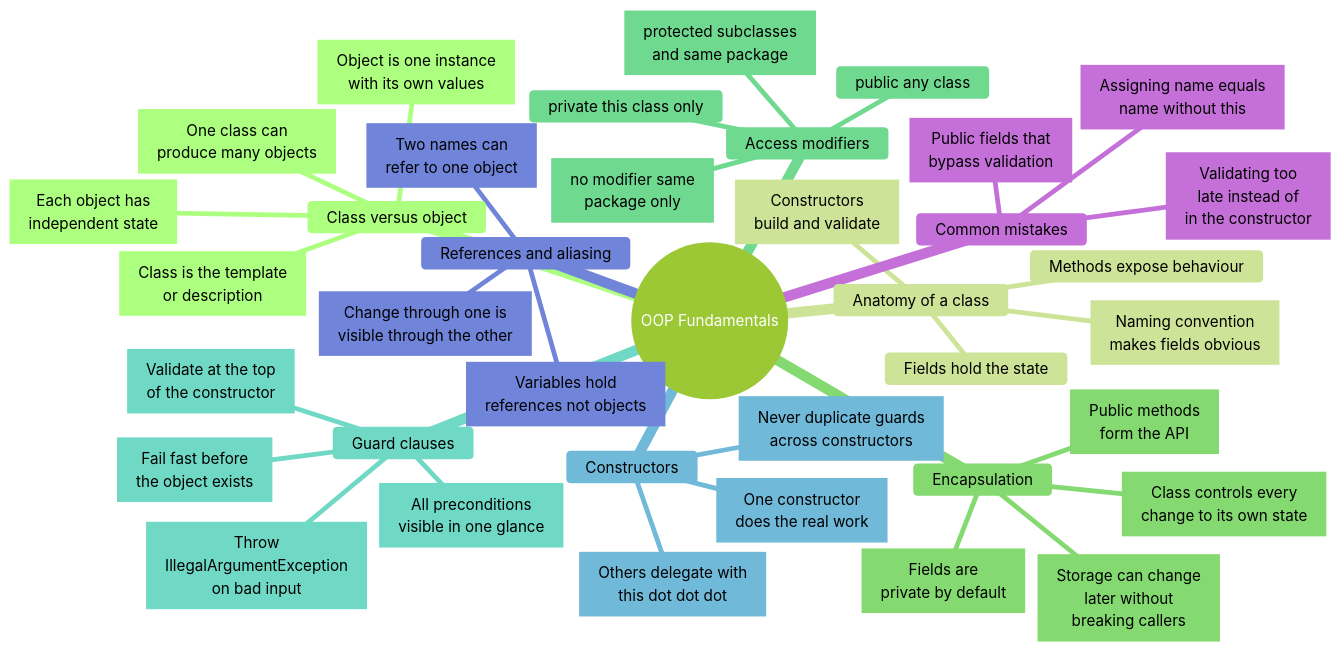
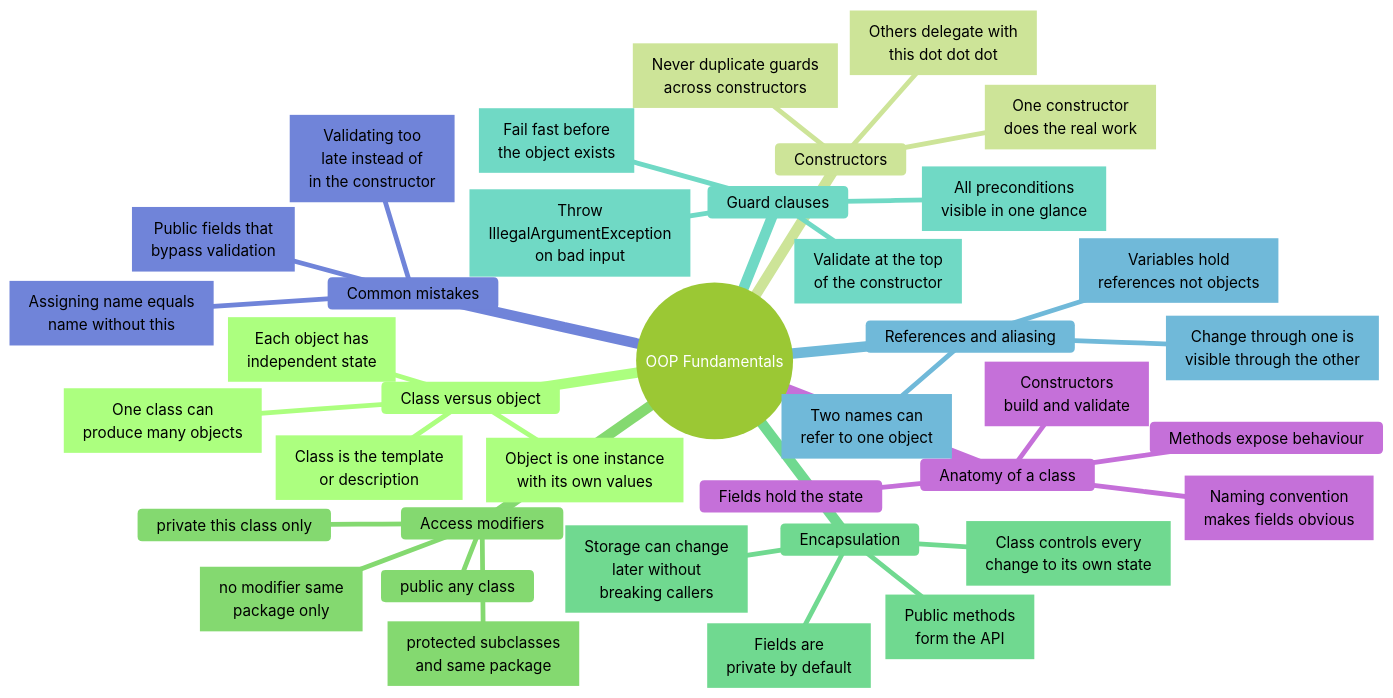
One commit to nmcguinness/L8-OOP-Module-Content changed the first of 10 diagrams in notes/shared/mind maps/revision_t00_t09.md. Above: the diagram before and after it, drawn with Mermaid. The commit also changed other lines of this file and 4 other files, not shown here.

Commit message:
fixed mindmap label truncation and added admonitions test

````diff
--- a/notes/shared/mind maps/revision_t00_t09.md
+++ b/notes/shared/mind maps/revision_t00_t09.md
@@ -35,81 +35,81 @@
 ```mermaid
 ---
 title: "OOP Fundamentals"
 accDescr: "Mind map of OOP Fundamentals. Branches: Class versus object; Anatomy of a class; Encapsulation; Access modifiers; Guard clauses; Constructors; References and aliasing; Common mistakes."
 ---
 %%{init: { "theme": "forest", "markdownAutoWrap": false, "mindmap": { "maxNodeWidth": 300 } }}%%
 mindmap
   root((OOP Fundamentals))
     Class versus object
       n1["`Class is the template
       or description`"]
       n2["`Object is one instance
       with its own values`"]
       n3["`One class can
       produce many objects`"]
       n4["`Each object has
       independent state`"]
 
-    Anatomy of a class
-      Fields hold the state
-      n5["`Constructors
-      build and validate`"]
-      Methods expose behaviour
-      n6["`Naming convention
-      makes fields obvious`"]
+    Constructors
+      n17["`One constructor
+      does the real work`"]
+      n18["`Others delegate with
+      this dot dot dot`"]
+      n19["`Never duplicate guards
+      across constructors`"]
+
+    Access modifiers
+      private this class only
+      public any class
+      n11["`protected subclasses
+      and same package`"]
+      n12["`no modifier same
+      package only`"]
 
     Encapsulation
       n7["`Fields are
       private by default`"]
       n8["`Public methods
       form the API`"]
       n9["`Class controls every
       change to its own state`"]
       n10["`Storage can change
       later without
       breaking callers`"]
 
-    Access modifiers
-      private this class only
-      public any class
-      n11["`protected subclasses
-      and same package`"]
-      n12["`no modifier same
-      package only`"]
-
     Guard clauses
       n13["`Validate at the top
       of the constructor`"]
       n14["`Fail fast before
       the object exists`"]
       n15["`Throw
       IllegalArgumentException
       on bad input`"]
       n16["`All preconditions
       visible in one glance`"]
-
-    Constructors
-      n17["`One constructor
-      does the real work`"]
-      n18["`Others delegate with
-      this dot dot dot`"]
-      n19["`Never duplicate guards
-      across constructors`"]
 
     References and aliasing
       n20["`Variables hold
       references not objects`"]
       n21["`Two names can
       refer to one object`"]
       n22["`Change through one is
       visible through the other`"]
 
     Common mistakes
       n23["`Public fields that
       bypass validation`"]
       n24["`Assigning name equals
       name without this`"]
       n25["`Validating too
       late instead of
       in the constructor`"]
+
+    Anatomy of a class
+      Fields hold the state
+      n5["`Constructors
+      build and validate`"]
+      Methods expose behaviour
+      n6["`Naming convention
+      makes fields obvious`"]
 ```
````
